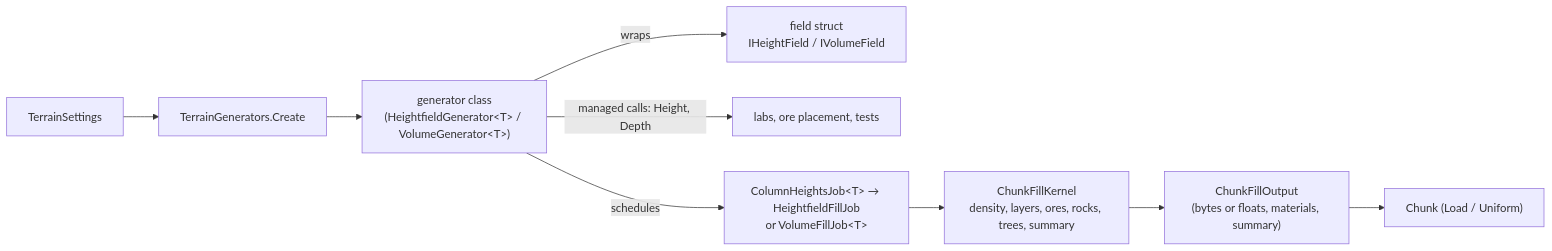
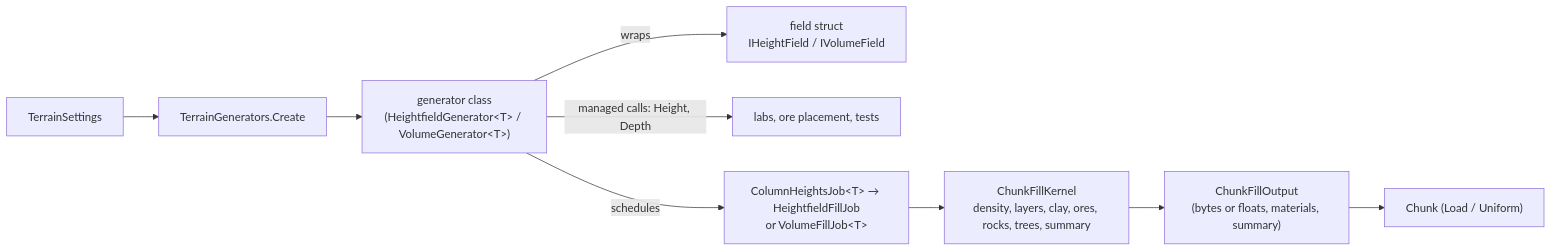
The second of 4 diagrams in Docs/architecture.md (landonairey/clube), drawn with Mermaid before and after one commit. The commit also changed other lines of this file and 2 other files, not shown here.

Commit message:
Docs: GL32-GL35 done, clay and ore contents in architecture, Burst gotcha

````diff
--- a/Docs/architecture.md
+++ b/Docs/architecture.md
@@ -121,11 +121,11 @@
 ```mermaid
 flowchart LR
     S[TerrainSettings] --> TG[TerrainGenerators.Create]
     TG --> G["generator class<br/>(HeightfieldGenerator&lt;T&gt; / VolumeGenerator&lt;T&gt;)"]
     G -- "wraps" --> F["field struct<br/>IHeightField / IVolumeField"]
     G -- "managed calls: Height, Depth" --> Labs[labs, ore placement, tests]
     G -- "schedules" --> J["ColumnHeightsJob&lt;T&gt; → HeightfieldFillJob<br/>or VolumeFillJob&lt;T&gt;"]
-    J --> K["ChunkFillKernel<br/>density, layers, ores, rocks, trees, summary"]
+    J --> K["ChunkFillKernel<br/>density, layers, clay, ores, rocks, trees, summary"]
     K --> O["ChunkFillOutput<br/>(bytes or floats, materials, summary)"]
     O --> C["Chunk (Load / Uniform)"]
 ```
````
